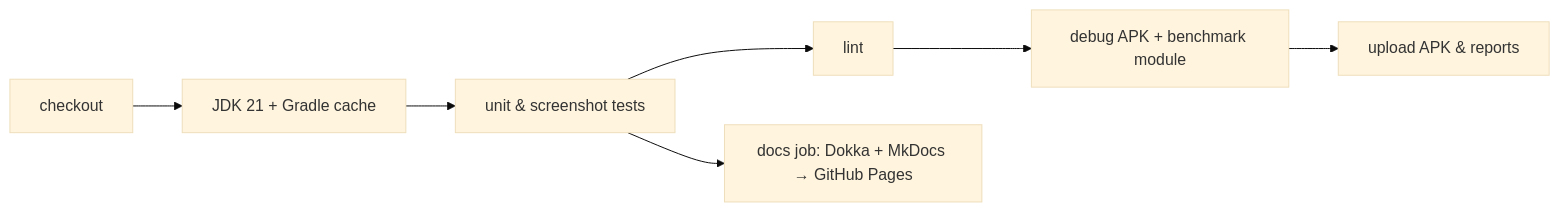
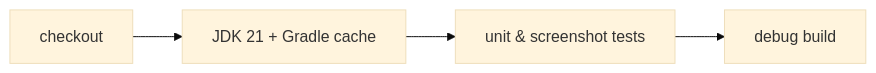
Before and after one commit to kdbrian/ttac: the diagram in docs/docs/shipping/ci-cd.md, drawn with Mermaid (base theme). The commit also changed other lines of this file and 5 other files, not shown here.

First line of the commit message:
CI: tests and build only; publish docs from the release workflow

````diff
--- a/docs/docs/shipping/ci-cd.md
+++ b/docs/docs/shipping/ci-cd.md
@@ -7,6 +7,4 @@
 ```mermaid
 flowchart LR
-    A[checkout] --> B[JDK 21 + Gradle cache] --> C[unit & screenshot tests] --> D[lint] --> E[debug APK + benchmark module]
-    E --> F[upload APK & reports]
-    C --> G[docs job: Dokka + MkDocs → GitHub Pages]
+    A[checkout] --> B[JDK 21 + Gradle cache] --> C[unit & screenshot tests] --> D[debug build]
 ```
````
